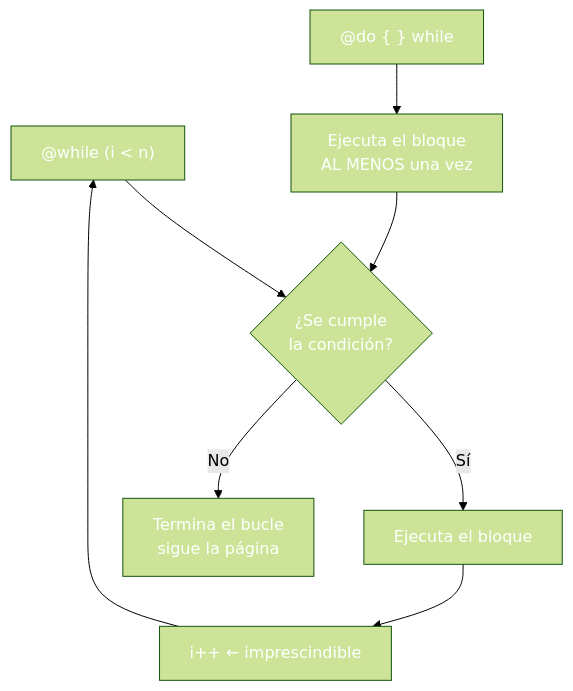
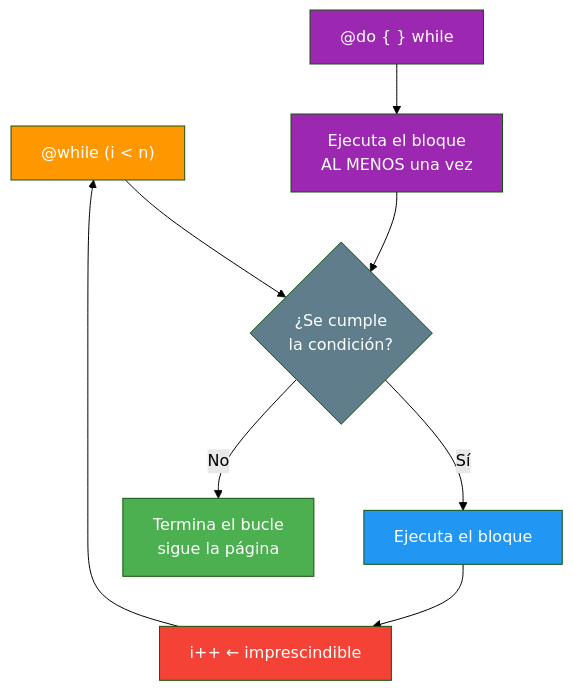
Before and after one commit to joseluisgs/DesarrolloWebEntornosServidor-03-2026-2027: the third of 4 diagrams in 03-estructuras-control.md, drawn with Mermaid (forest theme). The commit also changed other lines of this file and 25 other files, not shown here.

Commit message:
docs: corregir los estilos Mermaid de los temas y alinear el dominio del tema 25 con ProductosApp

````diff
--- a/03-estructuras-control.md
+++ b/03-estructuras-control.md
@@ -377,19 +377,19 @@
 ```mermaid
 graph TD
     A["@while (i < n)"] --> B{"¿Se cumple<br/>la condición?"}
     B -->|"Sí"| C["Ejecuta el bloque"]
     C --> D["i++  ← imprescindible"]
     D --> A
     B -->|"No"| E["Termina el bucle<br/>sigue la página"]
 
     F["@do { } while"] --> G["Ejecuta el bloque<br/>AL MENOS una vez"]
     G --> B
 
-    style A fill:#FF980,color:#fff0,color:#fff
-    style B fill:#607D8,color:#fffB,color:#fff
-    style C fill:#2196F,color:#fff3,color:#fff
-    style D fill:#f4433,color:#fff6,color:#fff
-    style E fill:#4CAF5,color:#fff0,color:#fff
-    style F fill:#9C27B,color:#fff0,color:#fff
-    style G fill:#9C27B,color:#fff0,color:#fff
+    style A fill:#FF9800,color:#fff
+    style B fill:#607D8B,color:#fff
+    style C fill:#2196F3,color:#fff
+    style D fill:#f44336,color:#fff
+    style E fill:#4CAF50,color:#fff
+    style F fill:#9C27B0,color:#fff
+    style G fill:#9C27B0,color:#fff
 ```
````
